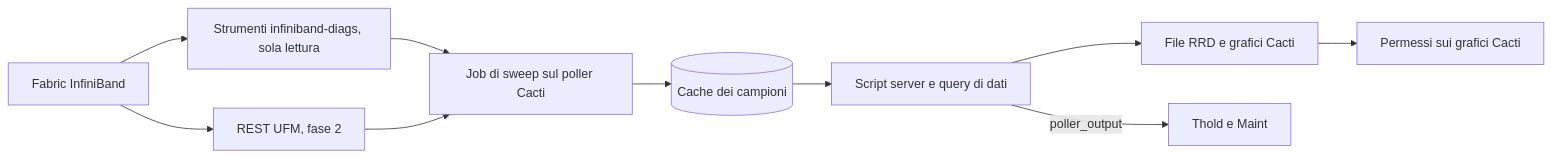
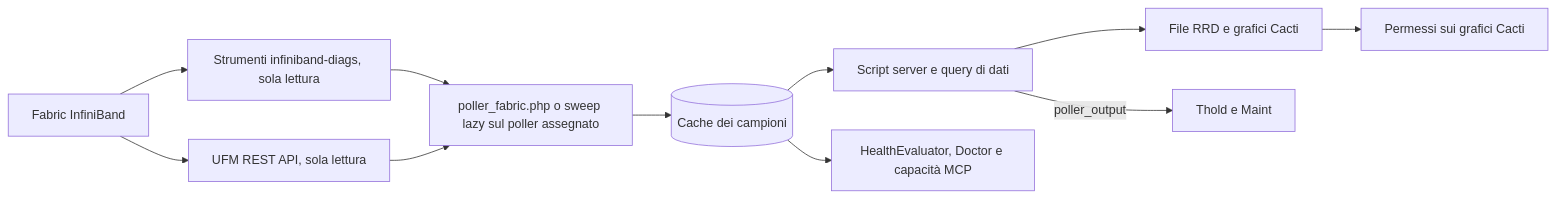
One commit to somethingwithproof/plugin_fabric changed the diagram in docs/i18n/it-IT/README.md. Above: the diagram before and after it, drawn with Mermaid. The commit also changed other lines of this file and 48 other files, not shown here.

````diff
--- a/docs/i18n/it-IT/README.md
+++ b/docs/i18n/it-IT/README.md
@@ -102,12 +132,13 @@
 ```mermaid
 flowchart LR
     F[Fabric InfiniBand] --> T[Strumenti infiniband-diags, sola lettura]
-    F --> U[REST UFM, fase 2]
-    T --> S[Job di sweep sul poller Cacti]
+    F --> U[UFM REST API, sola lettura]
+    T --> S[poller_fabric.php o sweep lazy sul poller assegnato]
     U --> S
     S --> C[(Cache dei campioni)]
     C --> SS[Script server e query di dati]
     SS --> R[File RRD e grafici Cacti]
     SS -->|poller_output| TH[Thold e Maint]
+    C --> H[HealthEvaluator, Doctor e capacità MCP]
     R --> P[Permessi sui grafici Cacti]
 ```
````
